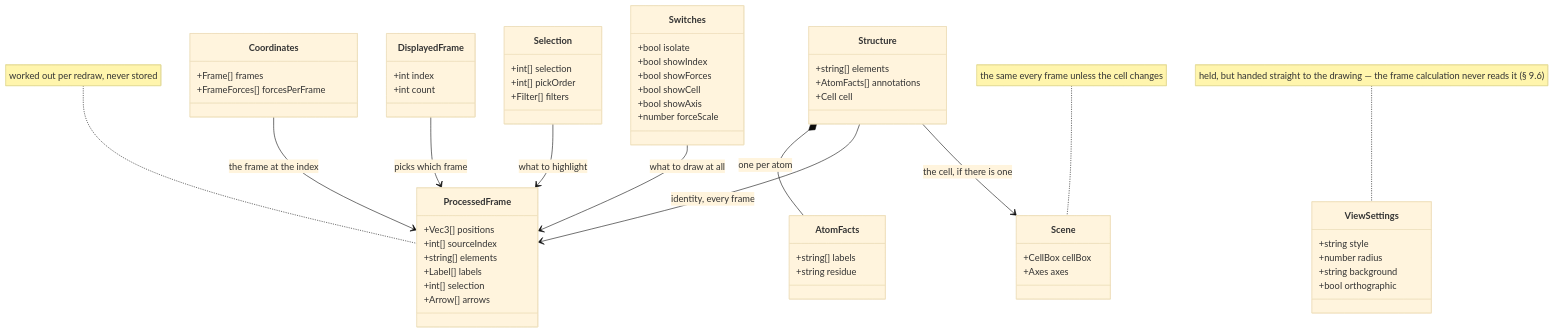
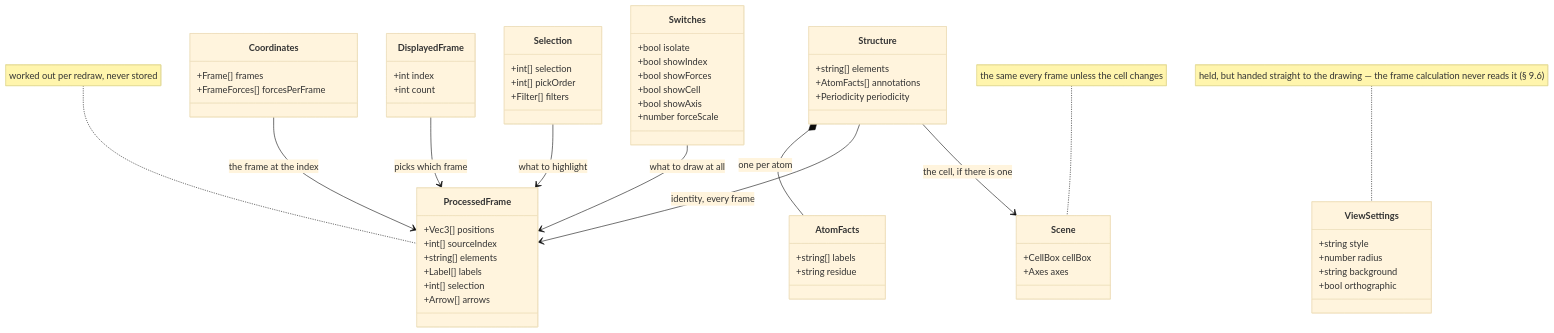
The second of 9 diagrams in docs/web/molview.md (Qing-LAB/molbuilder), drawn with Mermaid (base theme) before and after one commit. The commit also changed other lines of this file and 8 other files, not shown here.

````diff
--- a/docs/web/molview.md
+++ b/docs/web/molview.md
@@ -427,61 +427,61 @@
 ```mermaid
 classDiagram
     class Structure {
       +string[] elements
       +AtomFacts[] annotations
-      +Cell cell
+      +Periodicity periodicity
     }
     class AtomFacts {
       +string[] labels
       +string residue
     }
     class Coordinates {
       +Frame[] frames
       +FrameForces[] forcesPerFrame
     }
     class DisplayedFrame {
       +int index
       +int count
     }
     class Selection {
       +int[] selection
       +int[] pickOrder
       +Filter[] filters
     }
     class Switches {
       +bool isolate
       +bool showIndex
       +bool showForces
       +bool showCell
       +bool showAxis
       +number forceScale
     }
     class ProcessedFrame {
       +Vec3[] positions
       +int[] sourceIndex
       +string[] elements
       +Label[] labels
       +int[] selection
       +Arrow[] arrows
     }
     class Scene {
       +CellBox cellBox
       +Axes axes
     }
     class ViewSettings {
       +string style
       +number radius
       +string background
       +bool orthographic
     }
     Structure *-- AtomFacts : one per atom
     Structure --> ProcessedFrame : identity, every frame
     Coordinates --> ProcessedFrame : the frame at the index
     DisplayedFrame --> ProcessedFrame : picks which frame
     Selection --> ProcessedFrame : what to highlight
     Switches --> ProcessedFrame : what to draw at all
     Structure --> Scene : the cell, if there is one
     note for ProcessedFrame "worked out per redraw, never stored"
     note for Scene "the same every frame unless the cell changes"
     note for ViewSettings "held, but handed straight to the drawing — the frame calculation never reads it (§ 9.6)"
 ```
````
